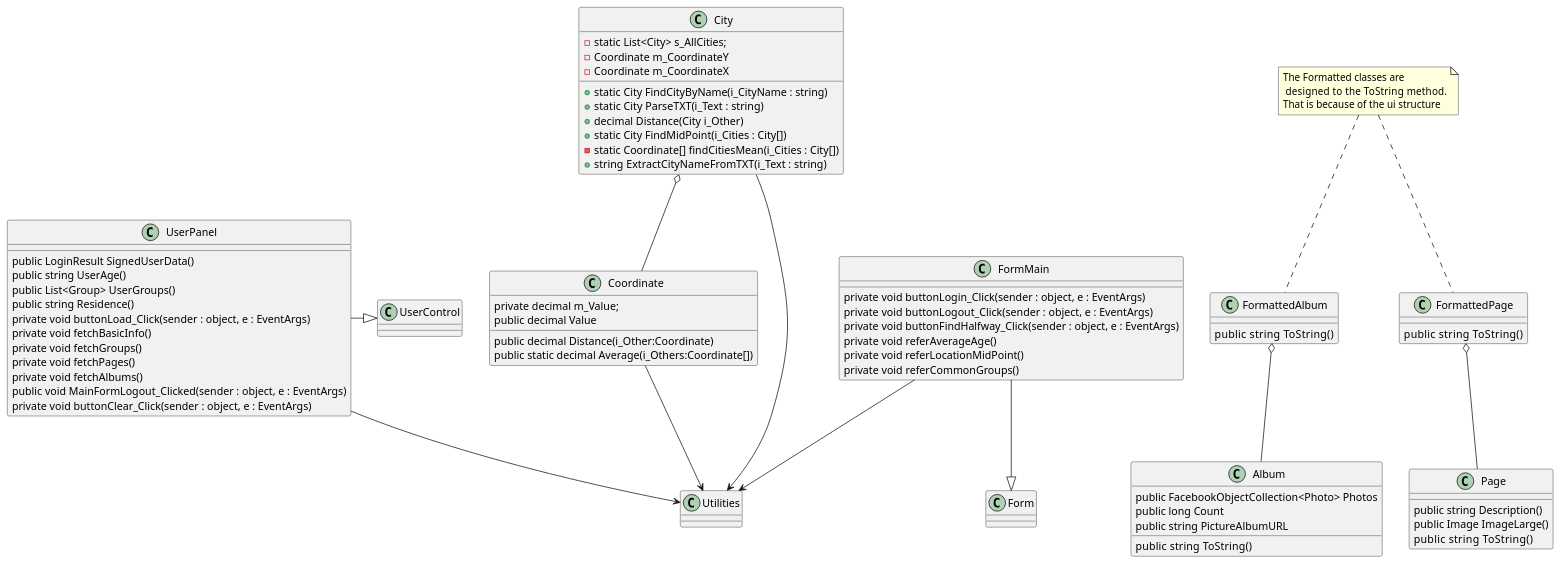
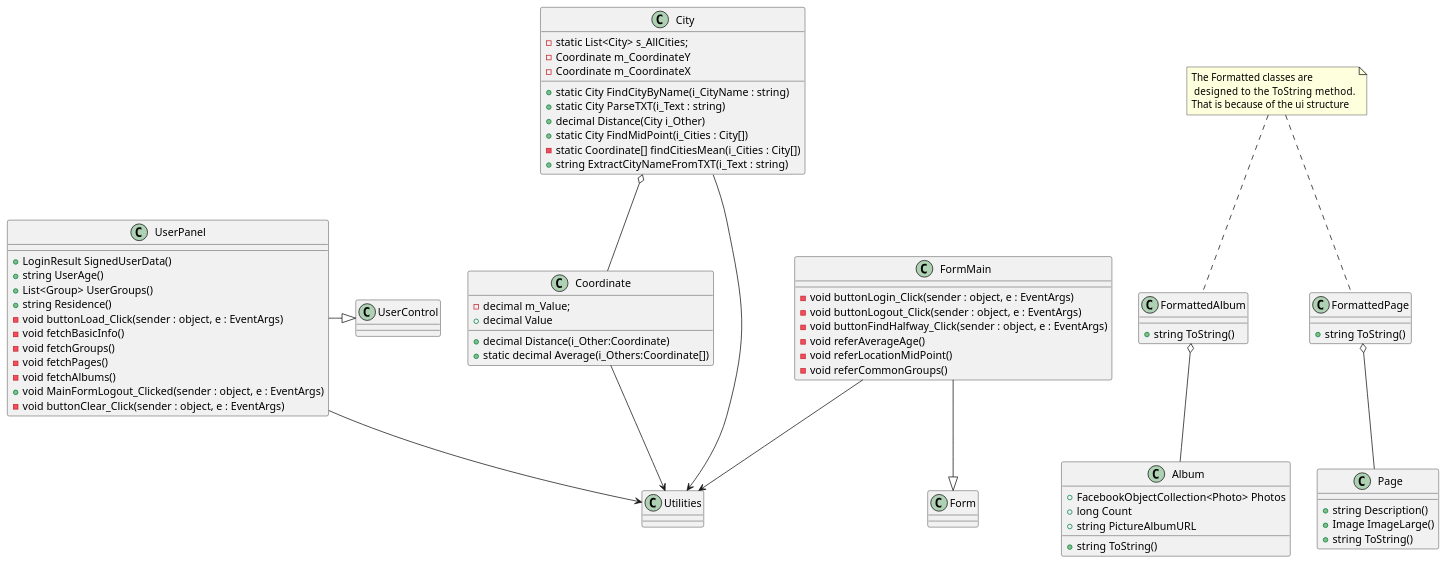
The diagram in Diagrams/AppClasses.puml (GilPasi/Design-Patterns-Course), drawn with PlantUML before and after one commit. The commit also changed 1 other file, not shown here.

Commit message:
Diagrams updated

```diff
--- a/Diagrams/AppClasses.puml
+++ b/Diagrams/AppClasses.puml
@@ -1,90 +1,90 @@
 @startuml
 class City
 {
     -static List<City> s_AllCities;
     -Coordinate m_CoordinateY
     -Coordinate m_CoordinateX
     
     +static City FindCityByName(i_CityName : string)
     +static City ParseTXT(i_Text : string)
     +decimal Distance(City i_Other)
     +static City FindMidPoint(i_Cities : City[])
     -static Coordinate[] findCitiesMean(i_Cities : City[])
     +string ExtractCityNameFromTXT(i_Text : string)
 }
 
 class Coordinate
 {
-    private decimal m_Value;
-    public decimal Value
-    public decimal Distance(i_Other:Coordinate)
-    public static decimal Average(i_Others:Coordinate[])
+    - decimal m_Value;
+    + decimal Value
+    + decimal Distance(i_Other:Coordinate)
+    + static decimal Average(i_Others:Coordinate[])
 }
 class FormattedAlbum
 {
-    public   string ToString()
+    +   string ToString()
 }
 class FormattedPage
 {
-    public   string ToString()
+    +   string ToString()
 }
 class FormMain{
-    private void buttonLogin_Click(sender : object, e : EventArgs)
-    private void buttonLogout_Click(sender : object, e : EventArgs)
-    private void buttonFindHalfway_Click(sender : object, e : EventArgs)
-    private void referAverageAge()
-    private void referLocationMidPoint()
-    private void referCommonGroups()
+    - void buttonLogin_Click(sender : object, e : EventArgs)
+    - void buttonLogout_Click(sender : object, e : EventArgs)
+    - void buttonFindHalfway_Click(sender : object, e : EventArgs)
+    - void referAverageAge()
+    - void referLocationMidPoint()
+    - void referCommonGroups()
 }
 
 class UserPanel
 {
-    public LoginResult SignedUserData()
-    public string UserAge()
-    public List<Group> UserGroups()
-    public string Residence()
-    private void buttonLoad_Click(sender : object, e : EventArgs)
-    private void fetchBasicInfo()
-    private void fetchGroups()
-    private void fetchPages()
-    private void fetchAlbums()
-    public void MainFormLogout_Clicked(sender : object, e : EventArgs) 
-    private void buttonClear_Click(sender : object, e : EventArgs)
+    + LoginResult SignedUserData()
+    + string UserAge()
+    + List<Group> UserGroups()
+    + string Residence()
+    - void buttonLoad_Click(sender : object, e : EventArgs)
+    - void fetchBasicInfo()
+    - void fetchGroups()
+    - void fetchPages()
+    - void fetchAlbums()
+    + void MainFormLogout_Clicked(sender : object, e : EventArgs) 
+    - void buttonClear_Click(sender : object, e : EventArgs)
 }
 class Utilities{}
 class Form{}
 class UserControl{}
 class Album
 {
-    public FacebookObjectCollection<Photo> Photos
-    public long Count
-    public string PictureAlbumURL
-    public  string ToString()
+    + FacebookObjectCollection<Photo> Photos
+    + long Count
+    + string PictureAlbumURL
+    +  string ToString()
 }
 
 class Page
 {
-    public string Description()
-    public Image ImageLarge()
-    public   string ToString()
+    + string Description()
+    + Image ImageLarge()
+    +   string ToString()
 }
 
 note "The Formatted classes are\n designed to   the ToString method.\nThat is because of the ui structure" as N1
 N1..FormattedPage
 N1..FormattedAlbum
 
 FormMain --> Utilities
 UserPanel --> Utilities
 Coordinate --> Utilities
 City --> Utilities 
 City o-- Coordinate
 FormMain --|> Form
 UserPanel -|> UserControl
 
 FormattedAlbum o-- Album
 FormattedPage o-- Page
 
 
 
 
 @enduml
```
